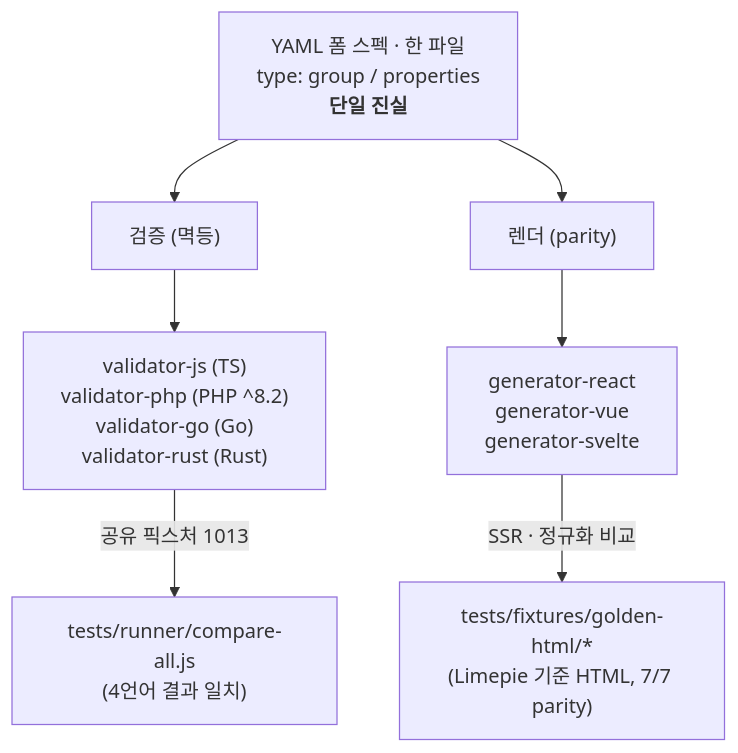
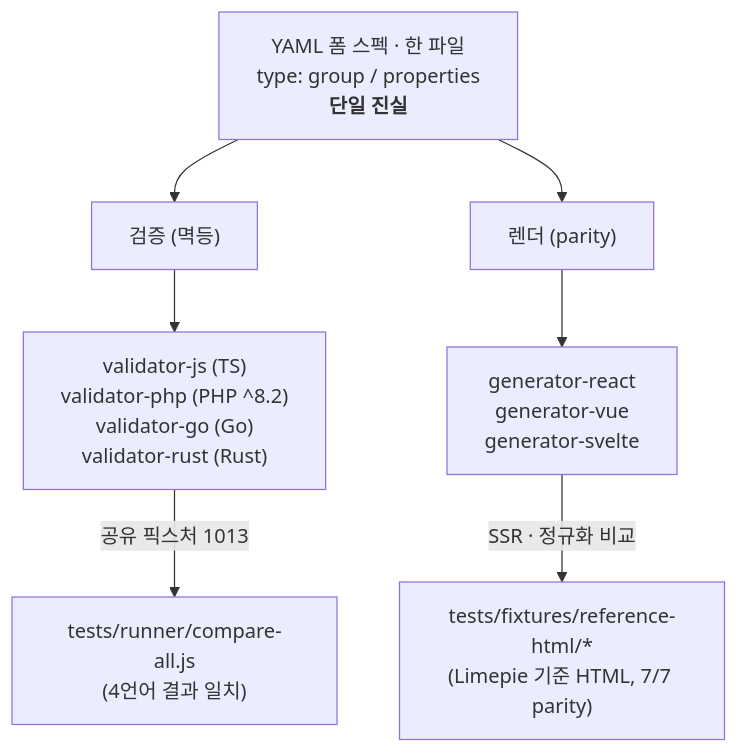
One commit to polyspec/crudui changed the diagram in README.md. Above: the diagram before and after it, drawn with Mermaid. The commit also changed 65 other files, not shown here.

First line of the commit message:
refactor: 'golden'을 'reference'로 전면 교체 (디렉토리·코드·파일명·문서)

````diff
--- a/README.md
+++ b/README.md
@@ -25,10 +25,10 @@
 ```mermaid
 flowchart TD
     spec["YAML 폼 스펙 · 한 파일<br/>type: group / properties<br/><b>단일 진실</b>"]
     spec --> V["검증 (멱등)"]
     spec --> R["렌더 (parity)"]
     V --> VL["validator-js (TS)<br/>validator-php (PHP ^8.2)<br/>validator-go (Go)<br/>validator-rust (Rust)"]
     R --> RL["generator-react<br/>generator-vue<br/>generator-svelte"]
     VL -->|"공유 픽스처 1013"| CMP["tests/runner/compare-all.js<br/>(4언어 결과 일치)"]
-    RL -->|"SSR · 정규화 비교"| G["tests/fixtures/golden-html/*<br/>(Limepie 기준 HTML, 7/7 parity)"]
+    RL -->|"SSR · 정규화 비교"| G["tests/fixtures/reference-html/*<br/>(Limepie 기준 HTML, 7/7 parity)"]
 ```
````
